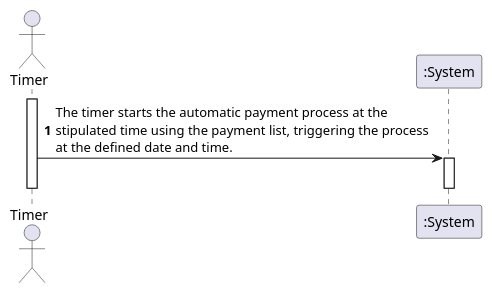
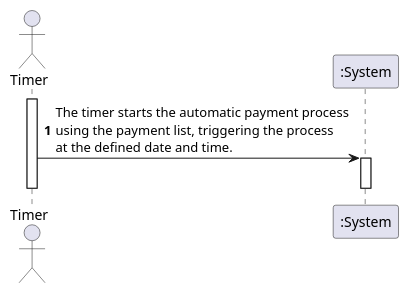
The diagram in docs/UC7 - Do Payment Automatically/UC7_SSD.puml (1190452/LAPR2), drawn with PlantUML before and after one commit. The commit also changed 5 other files, not shown here.

```diff
--- a/docs/UC7 - Do Payment Automatically/UC7_SSD.puml
+++ b/docs/UC7 - Do Payment Automatically/UC7_SSD.puml
@@ -1,12 +1,12 @@
 @startuml
 autonumber
 actor "Timer" as TIM
 
 activate TIM
-TIM -> ":System" : The timer starts the automatic payment process at the \nstipulated time using the payment list, triggering the process \nat the defined date and time.
+TIM -> ":System" : The timer starts the automatic payment process\nusing the payment list, triggering the process \nat the defined date and time.
 
 activate ":System"
 deactivate ":System"
 deactivate TIM
 
 @enduml
```
